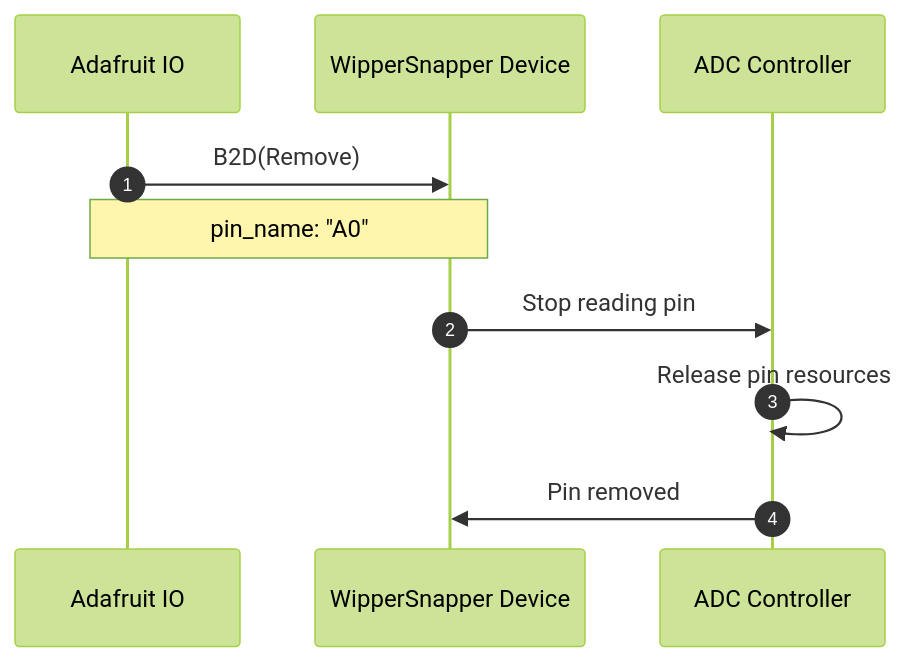
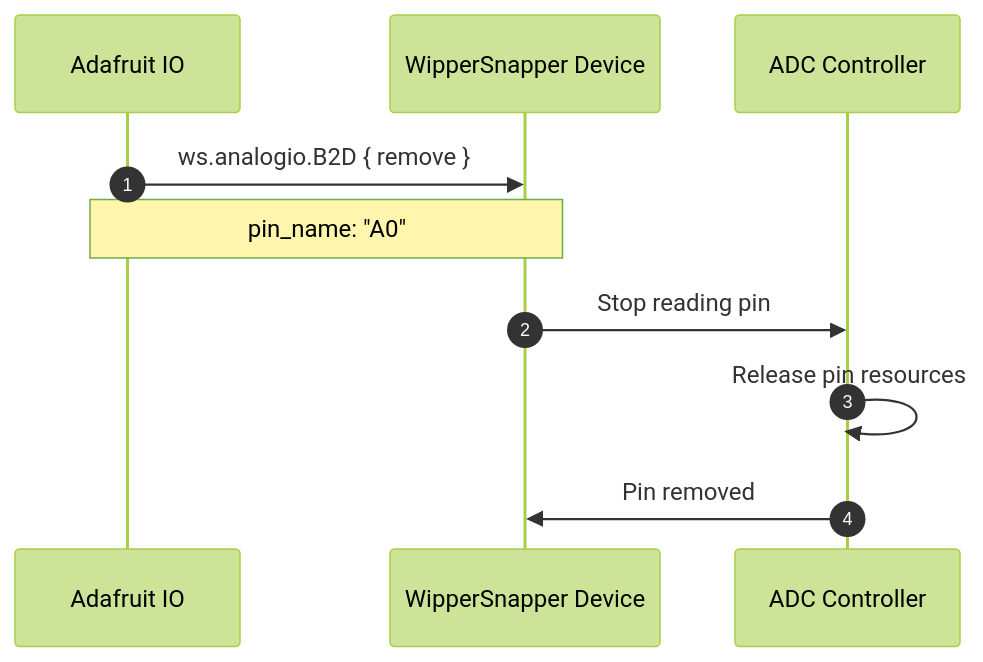
The second of 2 diagrams in proto/wippersnapper/docs/analogio.md (adafruit/Wippersnapper_Protobuf), drawn with Mermaid (forest theme) before and after one commit. The commit also changed other lines of this file and 10 other files, not shown here.

````diff
--- a/proto/wippersnapper/docs/analogio.md
+++ b/proto/wippersnapper/docs/analogio.md
@@ -60,14 +60,14 @@
 ```mermaid
 sequenceDiagram
 autonumber
 participant IO as Adafruit IO
 participant Device as WipperSnapper Device
 participant ADC as ADC Controller
 
-IO->>Device: B2D(Remove)
+IO->>Device: ws.analogio.B2D { remove }
 Note over IO,Device: pin_name: "A0"
 
 Device->>ADC: Stop reading pin
 ADC->>ADC: Release pin resources
 ADC->>Device: Pin removed
 ```
````
